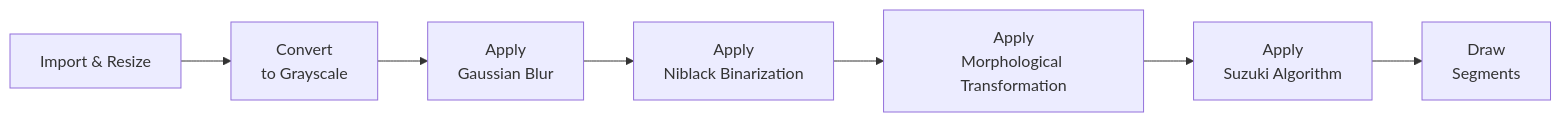
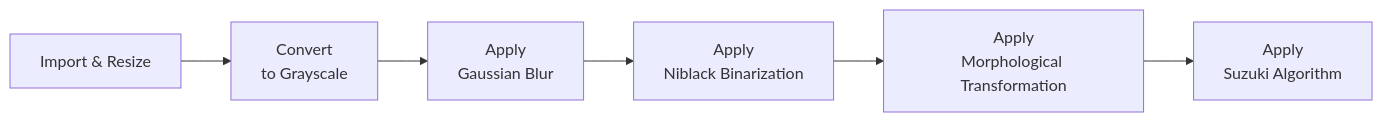
Before and after one commit to krieger1512/Bild1_Segmentation: the third of 3 diagrams in README.md, drawn with Mermaid. The commit also changed other lines of this file and 13 other files, not shown here.

````diff
--- a/README.md
+++ b/README.md
@@ -246,20 +294,17 @@
 ```mermaid
 flowchart LR
   import_resize[Import & Resize]
 
   convert_grayscale[Convert\nto Grayscale]
 
   gaussian_blur[Apply\nGaussian Blur]
 
   niblack[Apply\nNiblack Binarization]
 
   morph[Apply\nMorphological Transformation]
 
   suzuki[Apply\nSuzuki Algorithm]
 
-  draw[Draw\nSegments]
-
-  
-  import_resize --> convert_grayscale --> gaussian_blur --> niblack --> morph --> suzuki --> draw
+  import_resize --> convert_grayscale --> gaussian_blur --> niblack --> morph --> suzuki 
   
 ```
````
